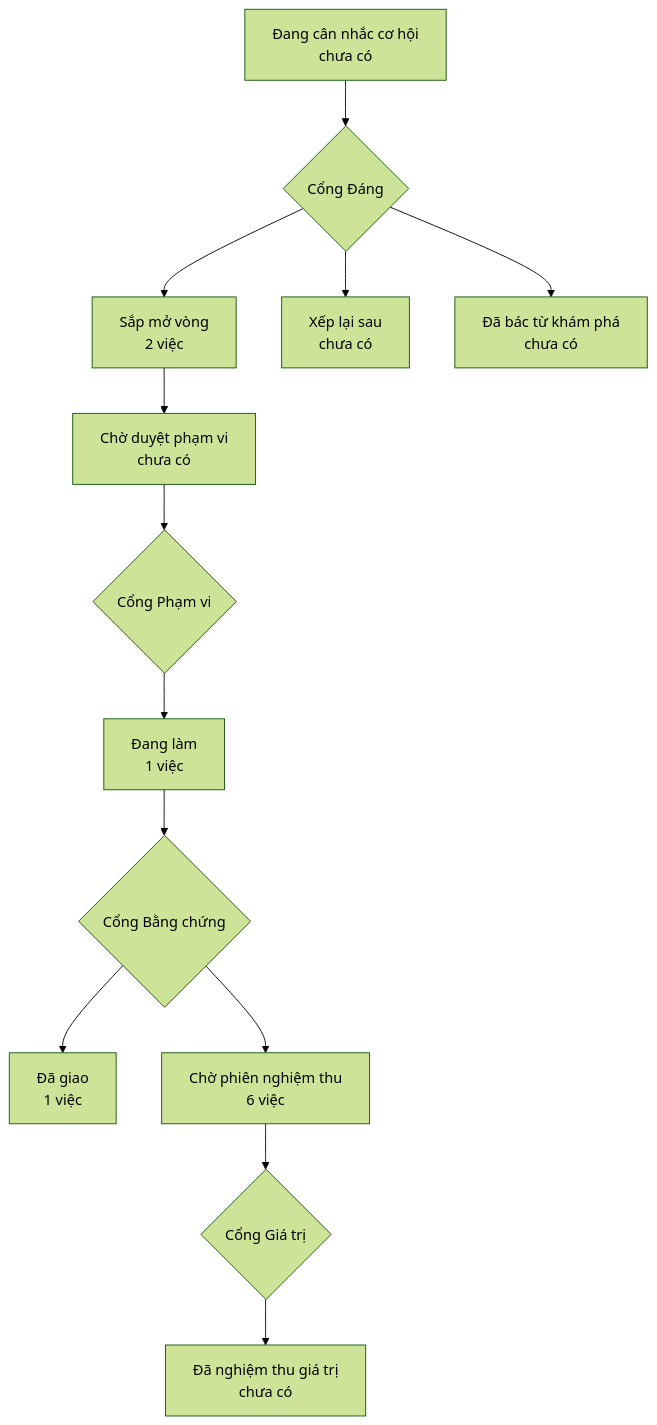
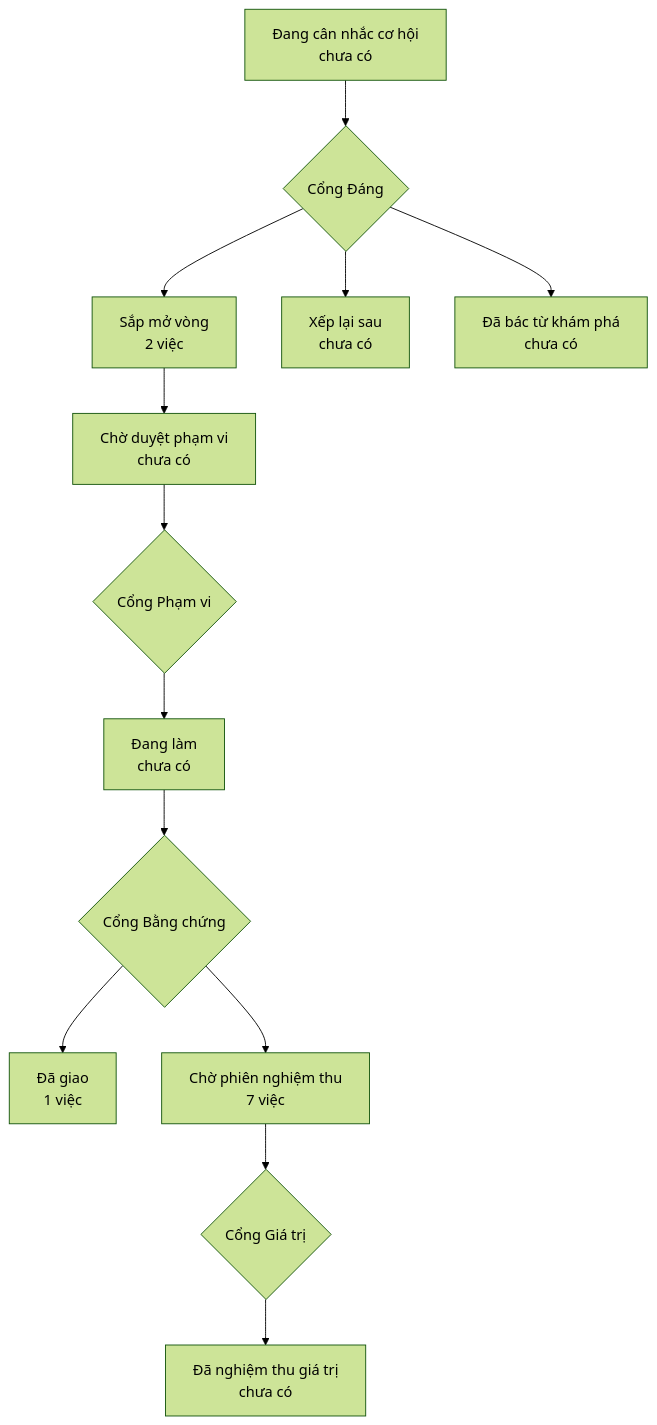
The diagram in PRODUCT-MAP.md (phanlemanh/onehub-quy-hang), drawn with Mermaid (forest theme) before and after one commit. The commit also changed other lines of this file and 4 other files, not shown here.

````diff
--- a/PRODUCT-MAP.md
+++ b/PRODUCT-MAP.md
@@ -7,12 +7,12 @@
 ```mermaid
 flowchart TD
   A["Đang cân nhắc cơ hội<br/>chưa có"] --> GD{"Cổng Đáng"}
   GD --> B["Sắp mở vòng<br/>2 việc"]
   GD --> XL["Xếp lại sau<br/>chưa có"]
   GD --> DB["Đã bác từ khám phá<br/>chưa có"]
   B --> CD["Chờ duyệt phạm vi<br/>chưa có"] --> GP{"Cổng Phạm vi"}
-  GP --> DL["Đang làm<br/>1 việc"] --> GB{"Cổng Bằng chứng"}
+  GP --> DL["Đang làm<br/>chưa có"] --> GB{"Cổng Bằng chứng"}
   GB --> DG["Đã giao<br/>1 việc"]
-  GB --> CN["Chờ phiên nghiệm thu<br/>6 việc"] --> GG{"Cổng Giá trị"}
+  GB --> CN["Chờ phiên nghiệm thu<br/>7 việc"] --> GG{"Cổng Giá trị"}
   GG --> NT["Đã nghiệm thu giá trị<br/>chưa có"]
 ```
````
